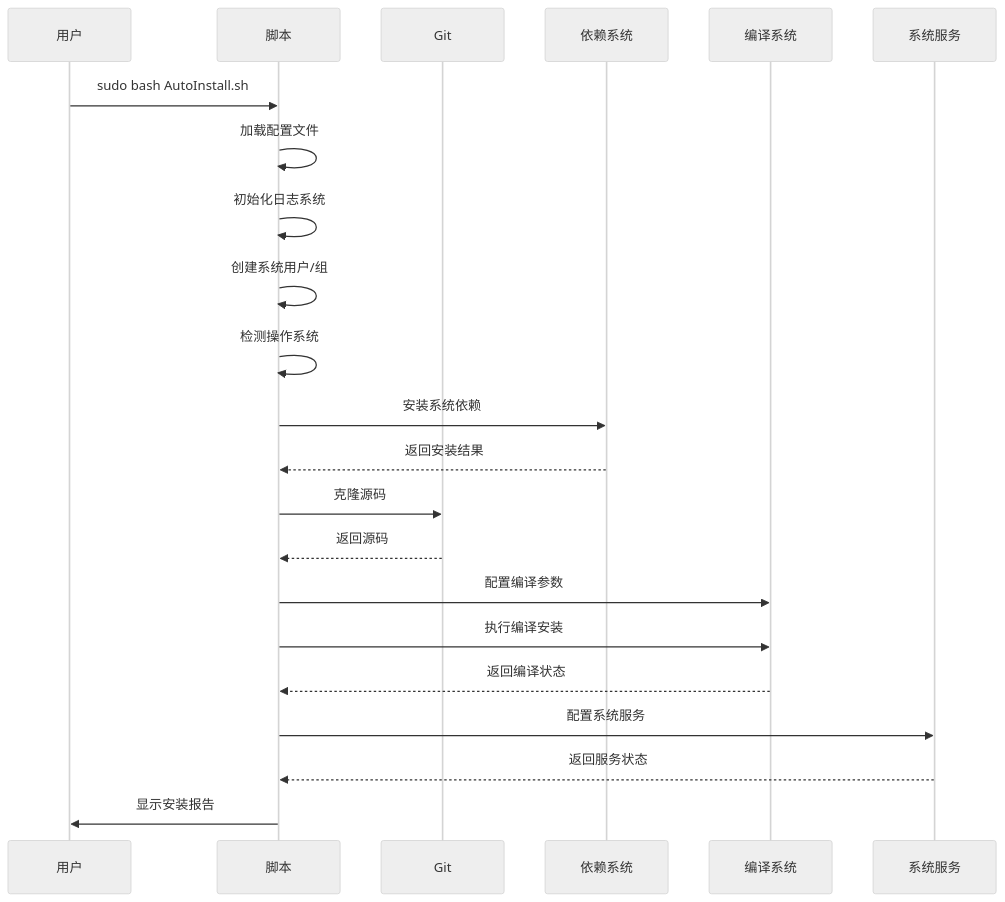
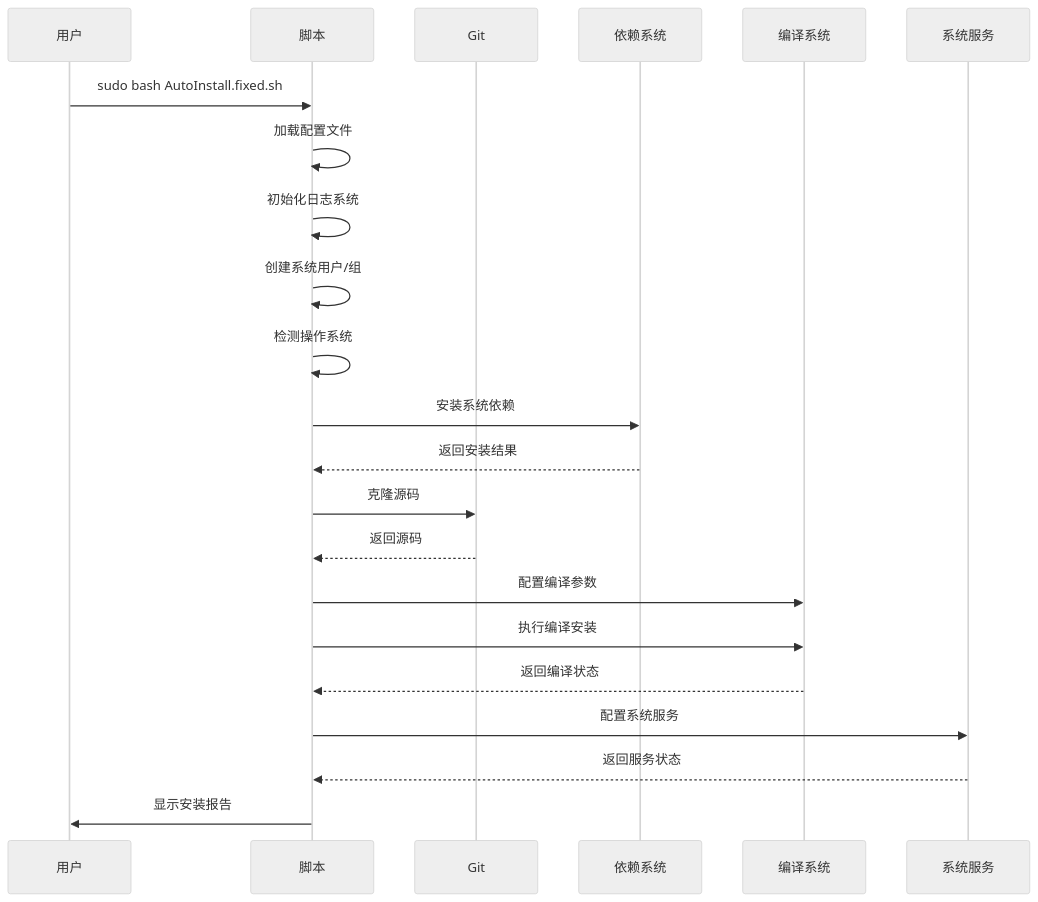
Before and after one commit to yangchunwanwusheng/IvorySQL-AutoInstaller: the fourth of 4 diagrams in README.md, drawn with Mermaid (neutral theme). The commit also changed other lines of this file, not shown here.

````diff
--- a/README.md
+++ b/README.md
@@ -533,25 +1041,25 @@
 ```mermaid
 sequenceDiagram
     participant U as 用户
     participant S as 脚本
     participant G as Git
     participant D as 依赖系统
     participant C as 编译系统
     participant Sys as 系统服务
-    
-    U->>S: sudo bash AutoInstall.sh
+
+    U->>S: sudo bash AutoInstall.fixed.sh
     S->>S: 加载配置文件
     S->>S: 初始化日志系统
     S->>S: 创建系统用户/组
     S->>S: 检测操作系统
     S->>D: 安装系统依赖
     D-->>S: 返回安装结果
     S->>G: 克隆源码
     G-->>S: 返回源码
     S->>C: 配置编译参数
     S->>C: 执行编译安装
     C-->>S: 返回编译状态
     S->>Sys: 配置系统服务
     Sys-->>S: 返回服务状态
     S->>U: 显示安装报告
 ```
````
